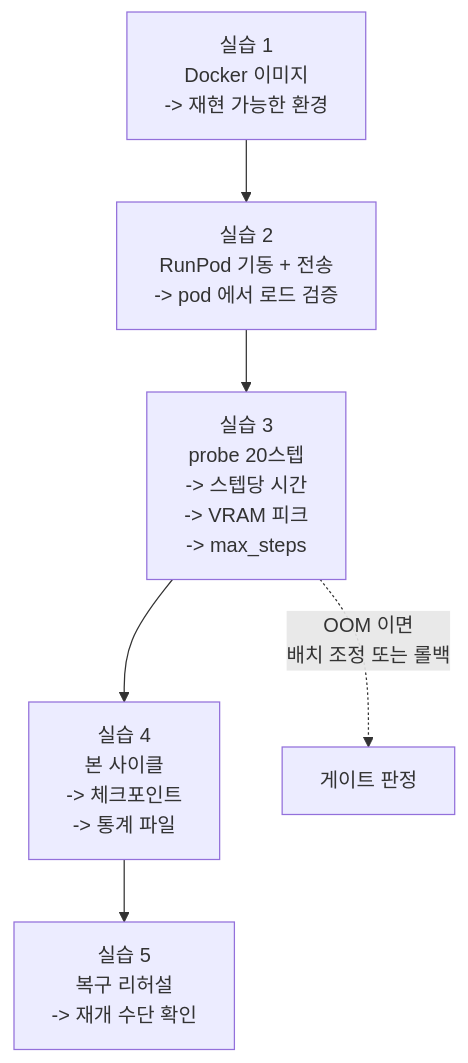
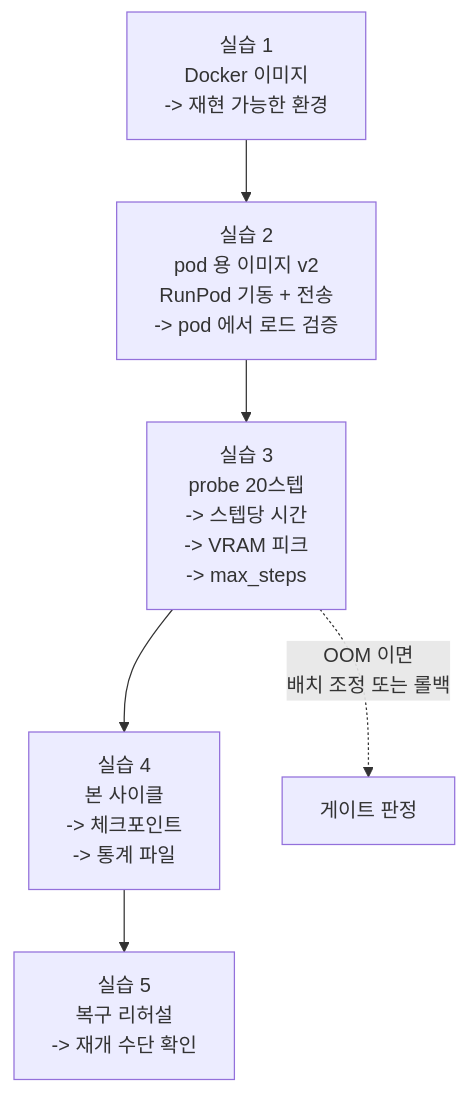
One commit to tylee-yeonge/physical-ai-study changed the diagram in Studies/Phase 4.5/week3/PRACTICE.md. Above: the diagram before and after it, drawn with Mermaid. The commit also changed other lines of this file and 2 other files, not shown here.

Commit message:
docs(phase4.5): add pod deployment image layer and rework week3 runpod steps

````diff
--- a/Studies/Phase 4.5/week3/PRACTICE.md
+++ b/Studies/Phase 4.5/week3/PRACTICE.md
@@ -32,11 +33,11 @@
 ```mermaid
 flowchart TD
     P1["실습 1<br/>Docker 이미지<br/>-> 재현 가능한 환경"]
-    P2["실습 2<br/>RunPod 기동 + 전송<br/>-> pod 에서 로드 검증"]
+    P2["실습 2<br/>pod 용 이미지 v2<br/>RunPod 기동 + 전송<br/>-> pod 에서 로드 검증"]
     P3["실습 3<br/>probe 20스텝<br/>-> 스텝당 시간<br/>-> VRAM 피크<br/>-> max_steps"]
     P4["실습 4<br/>본 사이클<br/>-> 체크포인트<br/>-> 통계 파일"]
     P5["실습 5<br/>복구 리허설<br/>-> 재개 수단 확인"]
     P1 --> P2 --> P3 --> P4
     P3 -.->|"OOM 이면<br/>배치 조정 또는 롤백"| G["게이트 판정"]
     P4 --> P5
 ```
````
